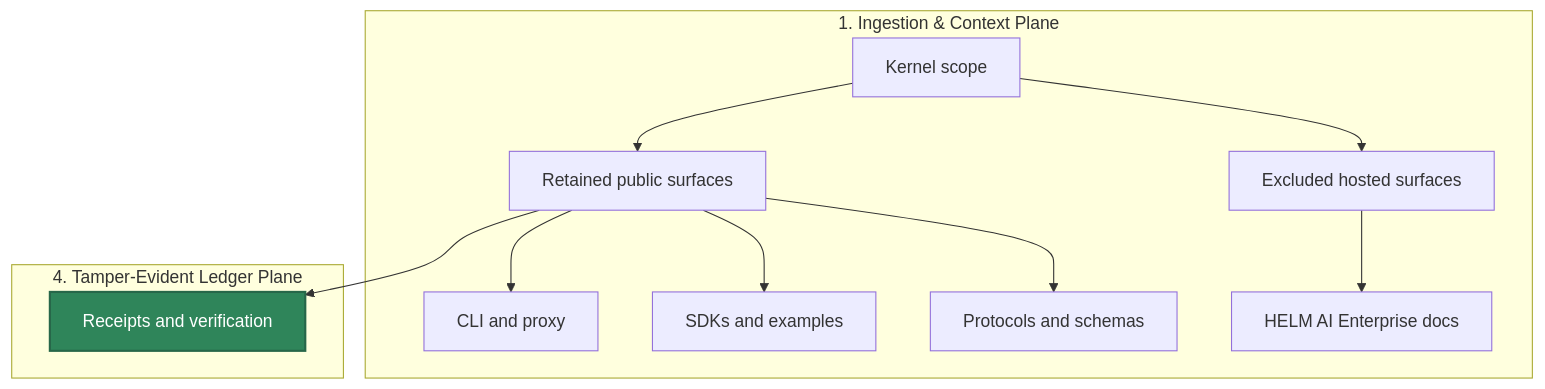
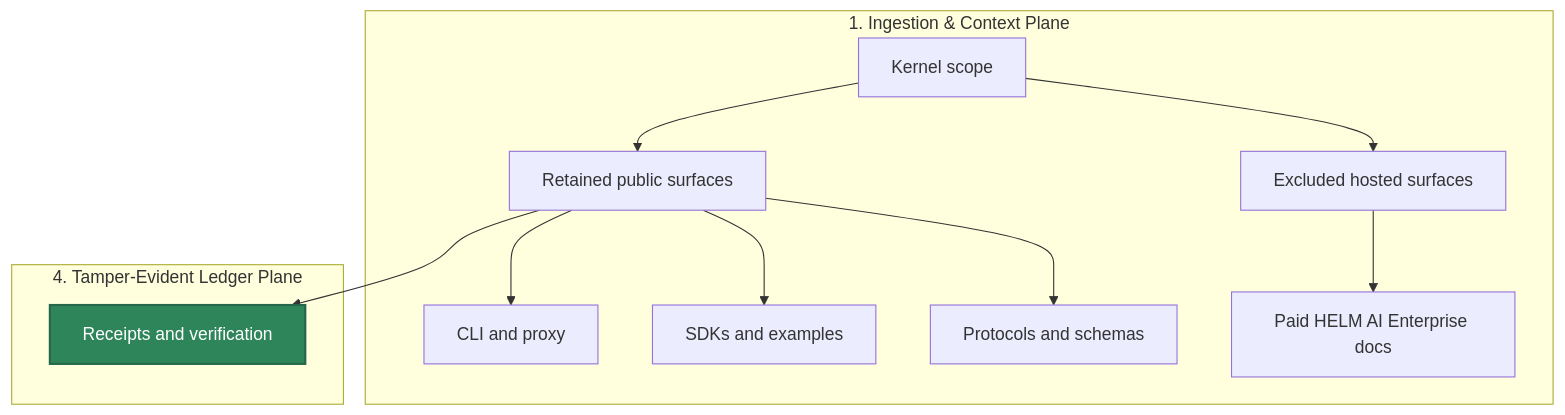
Before and after one commit to Mindburn-Labs/helm-ai-kernel: the diagram in docs/KERNEL_SCOPE.md, drawn with Mermaid. The commit also changed 18 other files, not shown here.

````diff
--- a/docs/KERNEL_SCOPE.md
+++ b/docs/KERNEL_SCOPE.md
@@ -202,28 +202,28 @@
 ```mermaid
 flowchart TD
     subgraph Ingestion["1. Ingestion & Context Plane"]
         kernel["Kernel scope"]
         retain["Retained public surfaces"]
         cli["CLI and proxy"]
         sdk["SDKs and examples"]
         protocol["Protocols and schemas"]
         exclude["Excluded hosted surfaces"]
-        commercial["HELM AI Enterprise docs"]
+        commercial["Paid HELM AI Enterprise docs"]
     end
 
     subgraph Ledger["4. Tamper-Evident Ledger Plane"]
         verify["Receipts and verification"]
     end
 
     %% Operational Flow Edges
     kernel --> retain
     retain --> cli
     retain --> sdk
     retain --> protocol
     retain --> verify
     kernel --> exclude
     exclude --> commercial
 
     %% Premium Styling Rules
     style verify fill:#2f855a,stroke:#276749,stroke-width:2px,color:#fff
 ```
````
